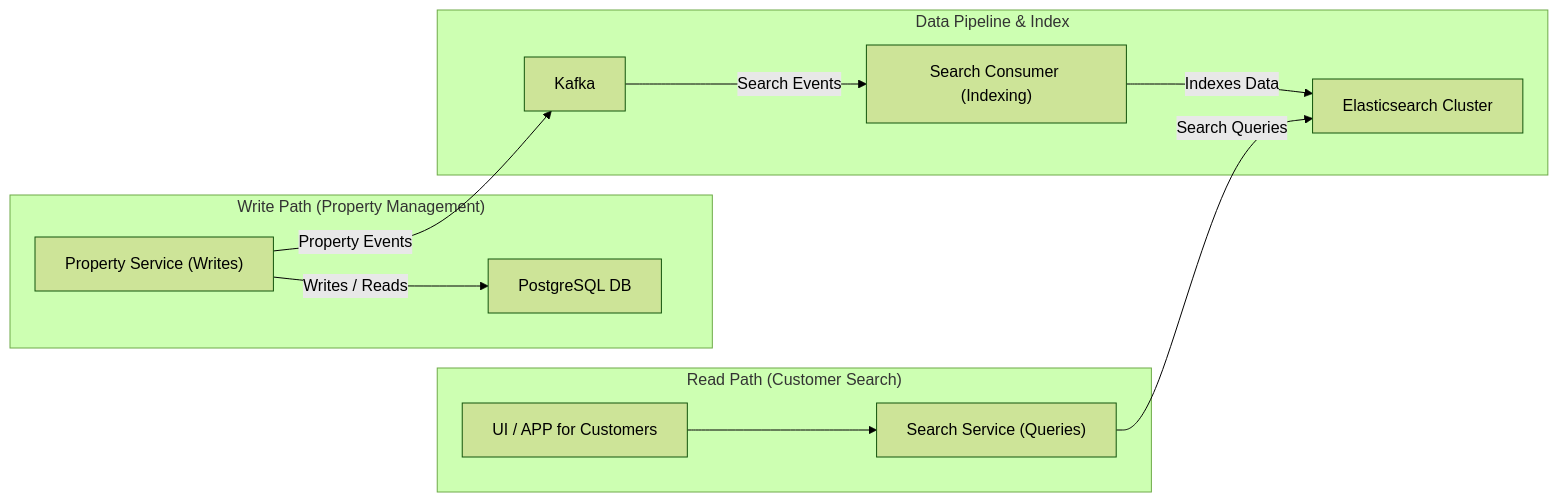
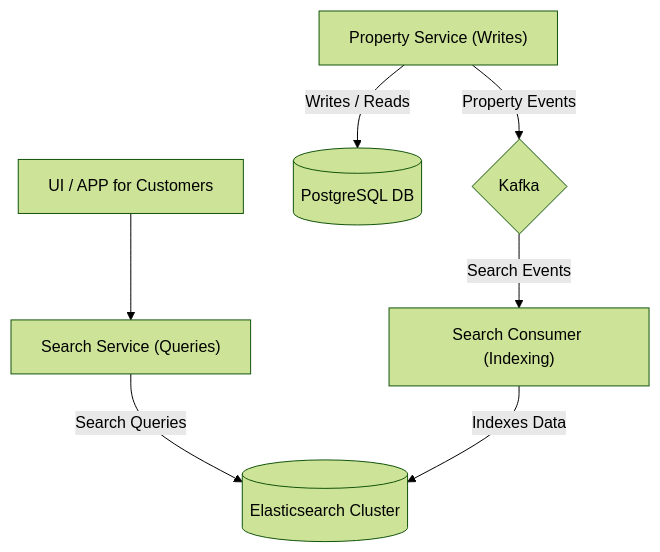
The first of 2 diagrams in README.md (AdilAbubacker/rentezy_frontend), drawn with Mermaid (forest theme) before and after one commit.

````diff
--- a/README.md
+++ b/README.md
@@ -18,26 +18,19 @@
 ```mermaid
-graph LR
-    subgraph "Write Path (Property Management)"
-        A["Property Service (Writes)"]
-        B[PostgreSQL DB]
-        A -- "Writes / Reads" --> B
-    end
+graph TD
+    UI_APP_CUSTOMERS["UI / APP for Customers"]
+    SEARCH_SERVICE["Search Service (Queries)"]
+    PROPERTY_SERVICE["Property Service (Writes)"]
+    POSTGRESQL_DB[(PostgreSQL DB)]
+    KAFKA_BROKER{Kafka}
+    SEARCH_CONSUMER["Search Consumer (Indexing)"]
+    ELASTICSEARCH_CLUSTER[(Elasticsearch Cluster)]
 
-    subgraph "Read Path (Customer Search)"
-        C["UI / APP for Customers"]
-        D["Search Service (Queries)"]
-        C --> D
-    end
+    UI_APP_CUSTOMERS --> SEARCH_SERVICE
+    SEARCH_SERVICE -- "Search Queries" --> ELASTICSEARCH_CLUSTER
 
-    subgraph "Data Pipeline & Index"
-        E[Kafka]
-        F["Search Consumer (Indexing)"]
-        G[Elasticsearch Cluster]
-        E -- "Search Events" --> F
-        F -- "Indexes Data" --> G
-    end
+    PROPERTY_SERVICE -- "Writes / Reads" --> POSTGRESQL_DB
+    PROPERTY_SERVICE -- "Property Events" --> KAFKA_BROKER
 
-    %% Connections Between Paths
-    A -- "Property Events" --> E
-    D -- "Search Queries" --> G
+    KAFKA_BROKER -- "Search Events" --> SEARCH_CONSUMER
+    SEARCH_CONSUMER -- "Indexes Data" --> ELASTICSEARCH_CLUSTER
 ```
````
